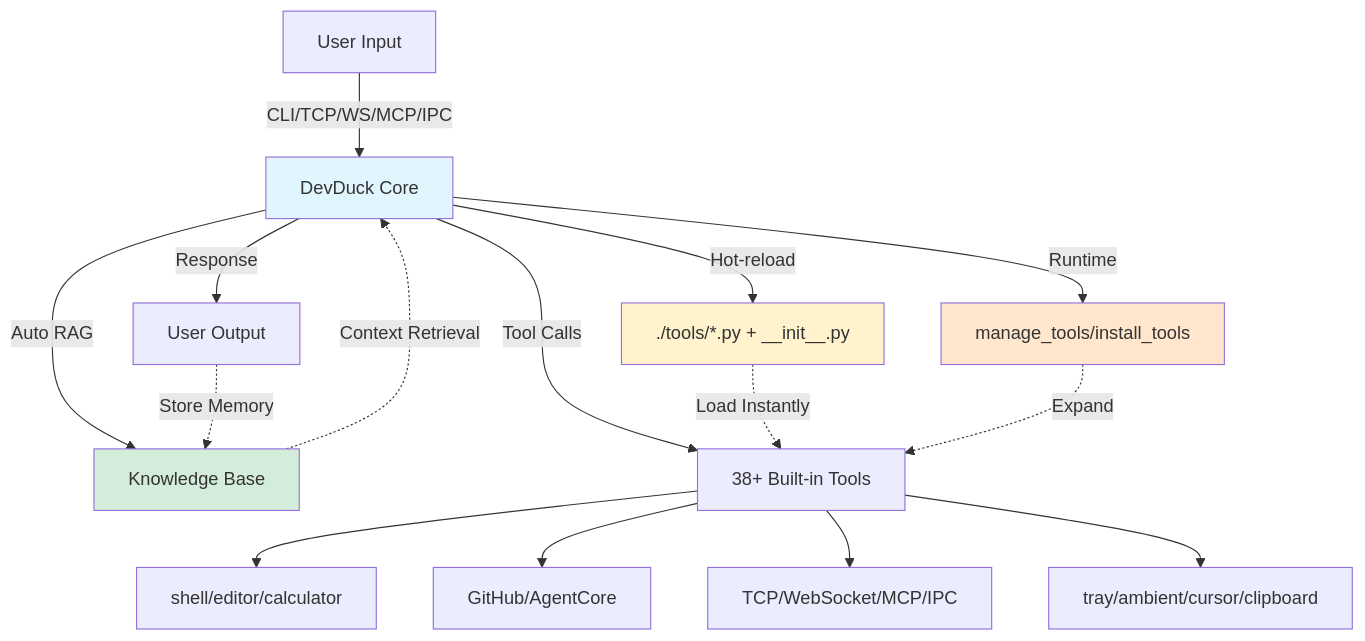
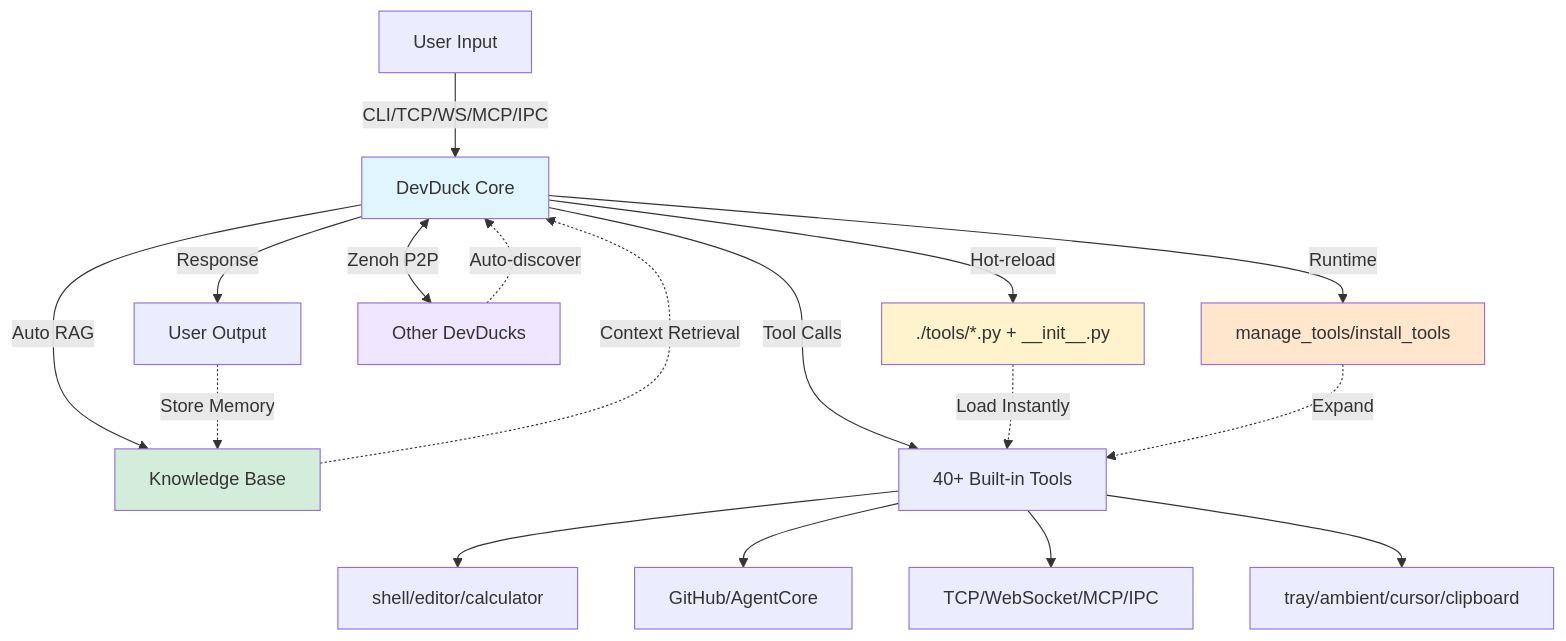
Before and after one commit to cagataycali/devduck: the diagram in README.md, drawn with Mermaid. The commit also changed other lines of this file, not shown here.

Commit message:
docs: add Zenoh peer-to-peer networking documentation

````diff
--- a/README.md
+++ b/README.md
@@ -85,22 +87,25 @@
 ```mermaid
 graph TB
     A[User Input] -->|CLI/TCP/WS/MCP/IPC| B[DevDuck Core]
     B -->|Auto RAG| C[Knowledge Base]
     C -.->|Context Retrieval| B
-    B -->|Tool Calls| D[38+ Built-in Tools]
+    B -->|Tool Calls| D[40+ Built-in Tools]
     D --> E[shell/editor/calculator]
     D --> F[GitHub/AgentCore]
     D --> G[TCP/WebSocket/MCP/IPC]
     D --> H[tray/ambient/cursor/clipboard]
     B -->|Hot-reload| I[./tools/*.py + __init__.py]
     I -.->|Load Instantly| D
     B -->|Runtime| K[manage_tools/install_tools]
     K -.->|Expand| D
+    B <-->|Zenoh P2P| L[Other DevDucks]
+    L -.->|Auto-discover| B
     B -->|Response| J[User Output]
     J -.->|Store Memory| C
     
     style B fill:#e1f5ff
     style C fill:#d4edda
     style I fill:#fff3cd
     style K fill:#ffe6cc
+    style L fill:#f0e6ff
 ```
````
